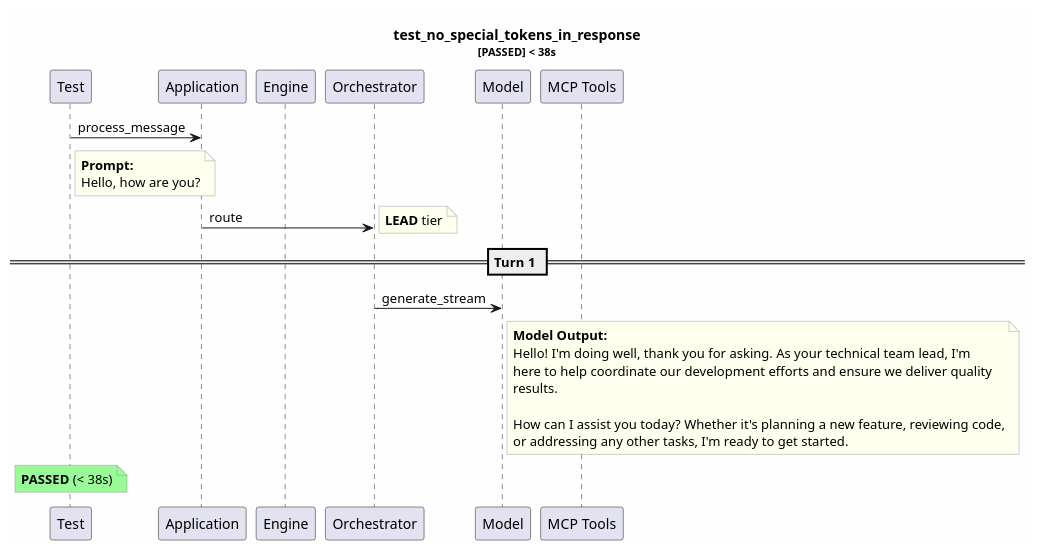
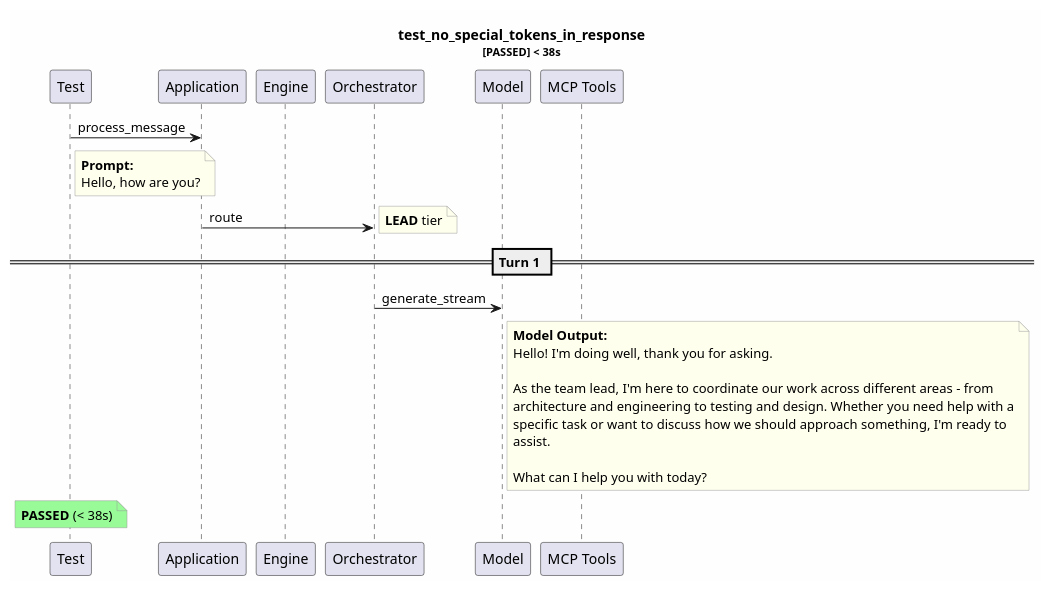
Before and after one commit to tvanfossen/entropic: the diagram in test-reports/logs/test_no_special_tokens_in_response/test_no_special_tokens_in_response.puml, drawn with PlantUML. The commit also changed 11 other files, not shown here.

```diff
--- a/test-reports/logs/test_no_special_tokens_in_response/test_no_special_tokens_in_response.puml
+++ b/test-reports/logs/test_no_special_tokens_in_response/test_no_special_tokens_in_response.puml
@@ -1,36 +1,38 @@
 @startuml
 skinparam backgroundColor #FEFEFE
 skinparam noteBorderColor #999999
 skinparam noteBackgroundColor #FFFFEE
 title test_no_special_tokens_in_response\n<size:11>[PASSED] < 38s</size>
 
 participant "Test" as T
 participant "Application" as App
 participant "Engine" as Eng
 participant "Orchestrator" as Orch
 participant "Model" as Mdl
 participant "MCP Tools" as MCP
 
 T -> App: process_message
 note right of T
   **Prompt:**
   Hello, how are you?
 end note
 App -> Orch: route
 note right: **LEAD** tier
 == Turn 1 ==
 Orch -> Mdl: generate_stream
 note right of Mdl
   **Model Output:**
-  Hello! I'm doing well, thank you for asking. As your technical team lead, I'm 
-  here to help coordinate our development efforts and ensure we deliver quality 
-  results. 
+  Hello! I'm doing well, thank you for asking. 
   
-  How can I assist you today? Whether it's planning a new feature, reviewing code,
-  or addressing any other tasks, I'm ready to get started.
+  As the team lead, I'm here to coordinate our work across different areas - from 
+  architecture and engineering to testing and design. Whether you need help with a
+  specific task or want to discuss how we should approach something, I'm ready to 
+  assist.
+  
+  What can I help you with today?
 end note
 note over T #palegreen
   **PASSED** (< 38s)
 end note
 
 @enduml
```
